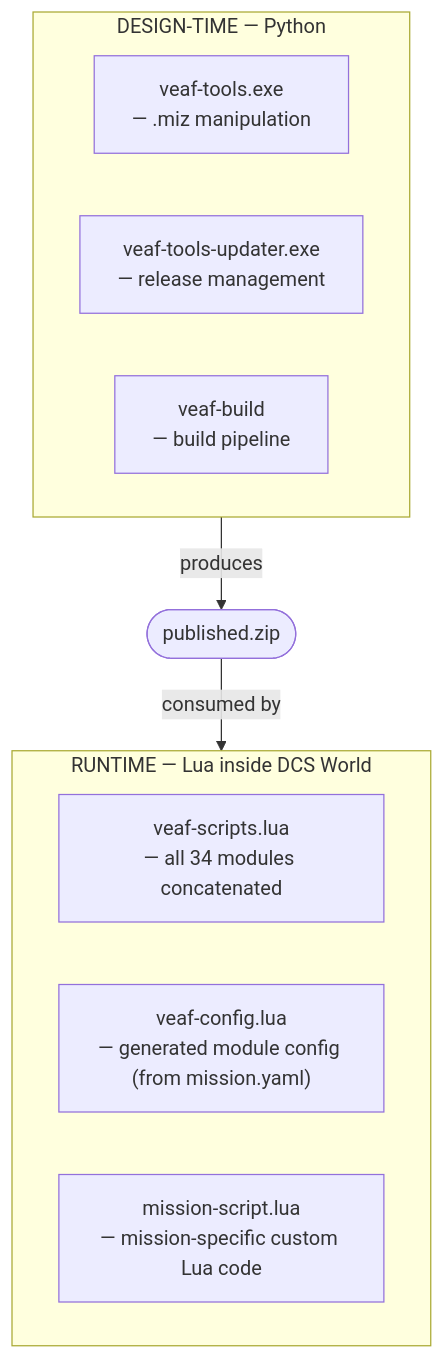
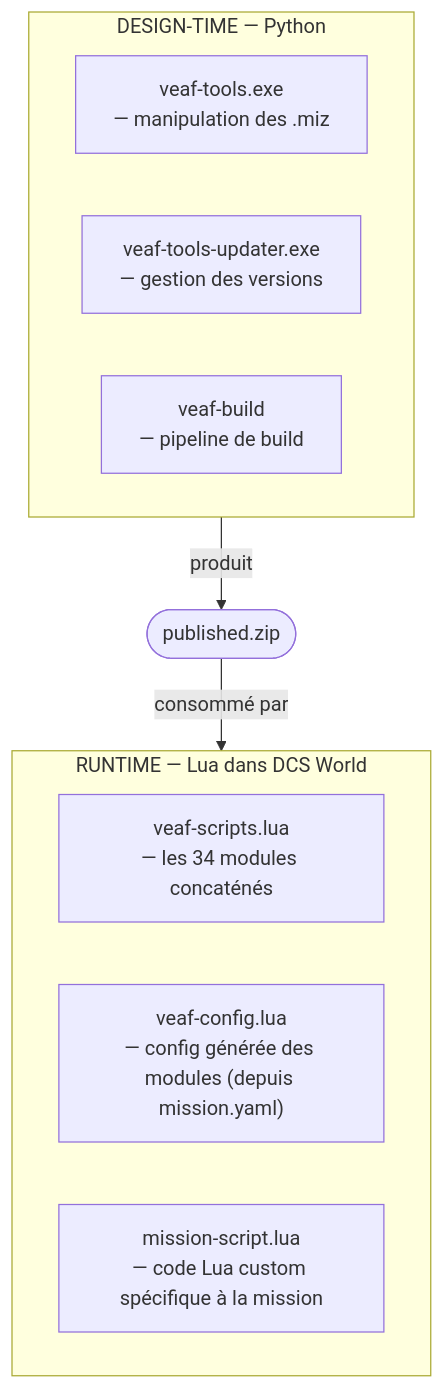
Before and after one commit to VEAF/VEAF-Mission-Creation-Tools: the diagram in doc/developer/GUIDE.md, drawn with Mermaid. The commit also changed other lines of this file and 108 other files, not shown here.

````diff
--- a/doc/developer/GUIDE.md
+++ b/doc/developer/GUIDE.md
@@ -27,15 +26,15 @@
 ```mermaid
 flowchart TD
     subgraph DT["DESIGN-TIME — Python"]
-        tools["veaf-tools.exe<br/>— .miz manipulation"]
-        updater["veaf-tools-updater.exe<br/>— release management"]
-        build["veaf-build<br/>— build pipeline"]
+        tools["veaf-tools.exe<br/>— manipulation des .miz"]
+        updater["veaf-tools-updater.exe<br/>— gestion des versions"]
+        build["veaf-build<br/>— pipeline de build"]
     end
-    DT -->|produces| zip(["published.zip"])
-    zip -->|consumed by| RT
-    subgraph RT["RUNTIME — Lua inside DCS World"]
-        scripts["veaf-scripts.lua<br/>— all 34 modules concatenated"]
-        config["veaf-config.lua<br/>— generated module config (from mission.yaml)"]
-        custom["mission-script.lua<br/>— mission-specific custom Lua code"]
+    DT -->|produit| zip(["published.zip"])
+    zip -->|consommé par| RT
+    subgraph RT["RUNTIME — Lua dans DCS World"]
+        scripts["veaf-scripts.lua<br/>— les 34 modules concaténés"]
+        config["veaf-config.lua<br/>— config générée des modules (depuis mission.yaml)"]
+        custom["mission-script.lua<br/>— code Lua custom spécifique à la mission"]
     end
 ```
````
